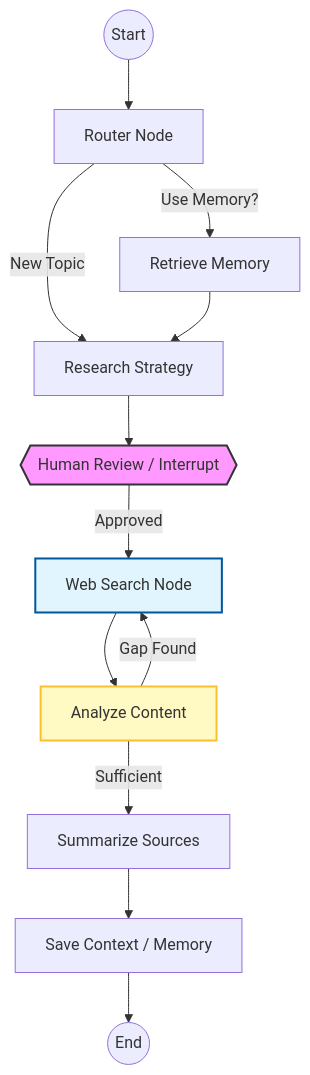
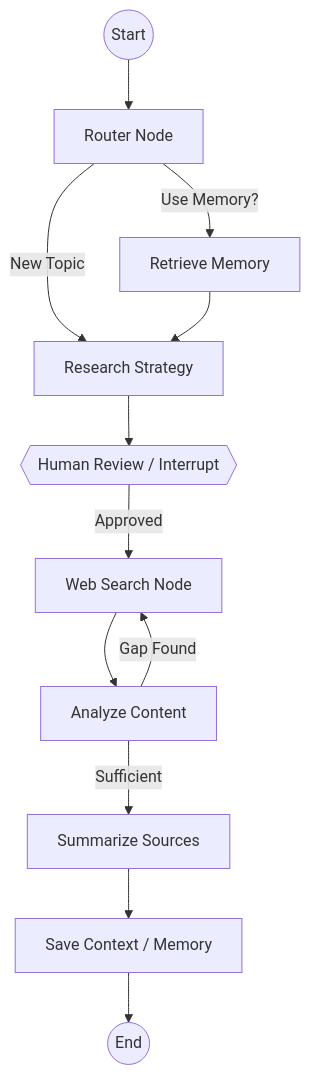
Before and after one commit to dongiveajack/deep-research-agent: the diagram in README.md, drawn with Mermaid. The commit also changed other lines of this file, not shown here.

````diff
--- a/README.md
+++ b/README.md
@@ -31,22 +31,18 @@
 ```mermaid
 graph TD
     START((Start)) --> Router[Router Node]
     Router -->|Use Memory?| Retrieve[Retrieve Memory]
     Router -->|New Topic| Strategy[Research Strategy]
     
     Retrieve --> Strategy
     Strategy --> Review{{Human Review / Interrupt}}
     
     Review -->|Approved| Search[Web Search Node]
     Search --> Analyze[Analyze Content]
     
     Analyze -->|Gap Found| Search
     Analyze -->|Sufficient| Summarize[Summarize Sources]
     
     Summarize --> Save[Save Context / Memory]
     Save --> END((End))
-    
-    style Review fill:#f9f,stroke:#333,stroke-width:2px
-    style Analyze fill:#fff9c4,stroke:#fbc02d,stroke-width:2px
-    style Search fill:#e1f5fe,stroke:#01579b,stroke-width:2px
 ```
````
